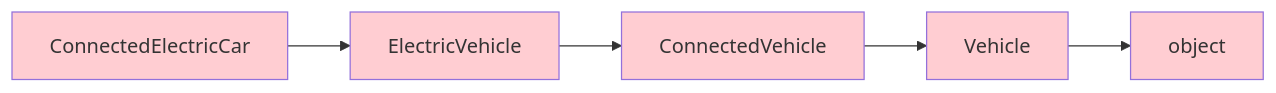
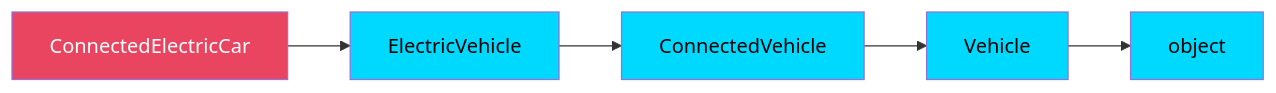
Diagram 14 of 22 in README.md (Lagmouchyoussef/Python-Practical-Works), drawn with Mermaid before and after one commit. The commit also changed other lines of this file, not shown here.

````diff
--- a/README.md
+++ b/README.md
@@ -368,13 +487,13 @@
 ```mermaid
 flowchart LR
     A[ConnectedElectricCar] --> B[ElectricVehicle]
     B --> C[ConnectedVehicle]
     C --> D[Vehicle]
     D --> E[object]
     
-    style A fill:#ffcdd2
-    style B fill:#ffcdd2
-    style C fill:#ffcdd2
-    style D fill:#ffcdd2
-    style E fill:#ffcdd2
+    style A fill:#e94560,color:#fff
+    style B fill:#00d9ff,color:#000
+    style C fill:#00d9ff,color:#000
+    style D fill:#00d9ff,color:#000
+    style E fill:#00d9ff,color:#000
 ```
````
